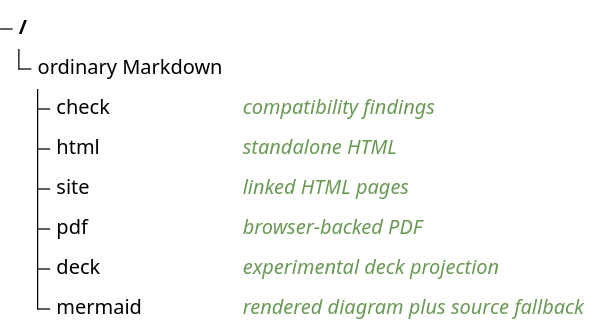
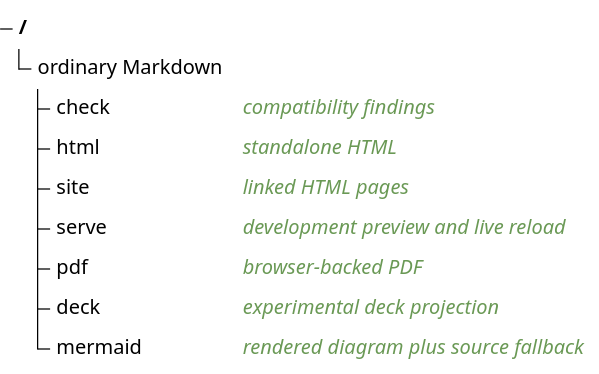
Before and after one commit to araihu/margo: the diagram in showcase/content/index.md, drawn with Mermaid (neutral theme). The commit also changed other lines of this file and 2 other files, not shown here.

Commit message:
docs(showcase): feature development site serving

````diff
--- a/showcase/content/index.md
+++ b/showcase/content/index.md
@@ -37,10 +41,11 @@
 ```mermaid
 treeView-beta
   "ordinary Markdown"
     check ## compatibility findings
     html ## standalone HTML
     site ## linked HTML pages
+    serve ## development preview and live reload
     pdf ## browser-backed PDF
     deck ## experimental deck projection
     mermaid ## rendered diagram plus source fallback
 ```
````
